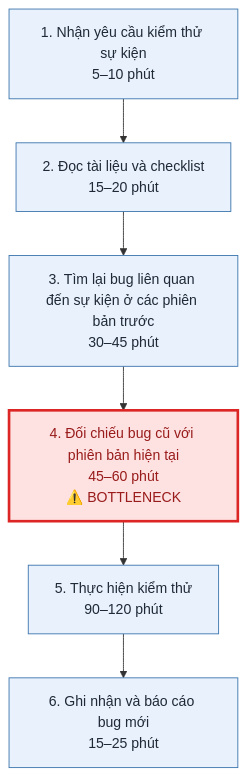
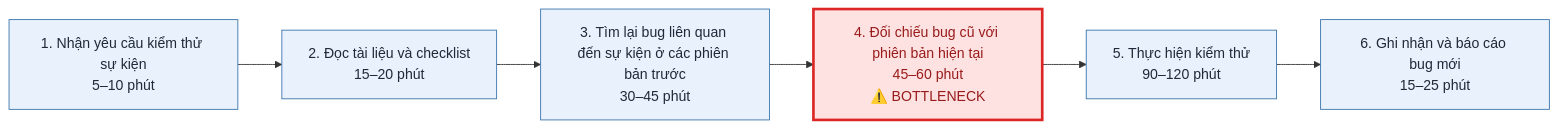
One commit to trandinhnhatminh1452/K5-L3B-DAY02-Nnhom123-DiscoveryProblemFraming changed the first of 3 diagrams in report/individual/04083_TranDinhNhatMinh.md. Above: the diagram before and after it, drawn with Mermaid.

````diff
--- a/report/individual/04083_TranDinhNhatMinh.md
+++ b/report/individual/04083_TranDinhNhatMinh.md
@@ -62,17 +62,17 @@
 ```mermaid
-flowchart TD
+flowchart LR
     A["1. Nhận yêu cầu kiểm thử sự kiện<br/>5–10 phút"]
     B["2. Đọc tài liệu và checklist<br/>15–20 phút"]
     C["3. Tìm lại bug liên quan đến sự kiện ở các phiên bản trước<br/>30–45 phút"]
     D["4. Đối chiếu bug cũ với phiên bản hiện tại<br/>45–60 phút<br/>⚠️ BOTTLENECK"]
     E["5. Thực hiện kiểm thử<br/>90–120 phút"]
     F["6. Ghi nhận và báo cáo bug mới<br/>15–25 phút"]
 
     A --> B --> C --> D --> E --> F
 
     classDef normal fill:#E8F1FC,stroke:#3973AC,color:#1F2937
     classDef bottleneck fill:#FEE2E2,stroke:#DC2626,stroke-width:3px,color:#991B1B
 
     class A,B,C,E,F normal
     class D bottleneck
 ```
````
